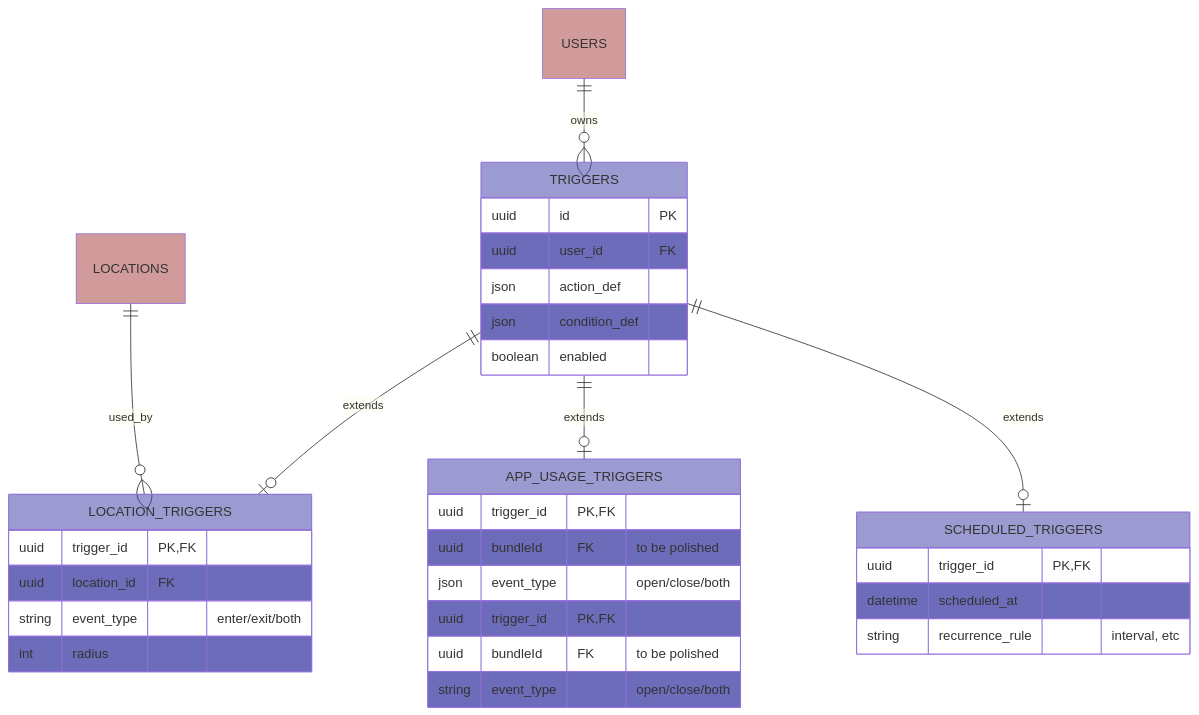
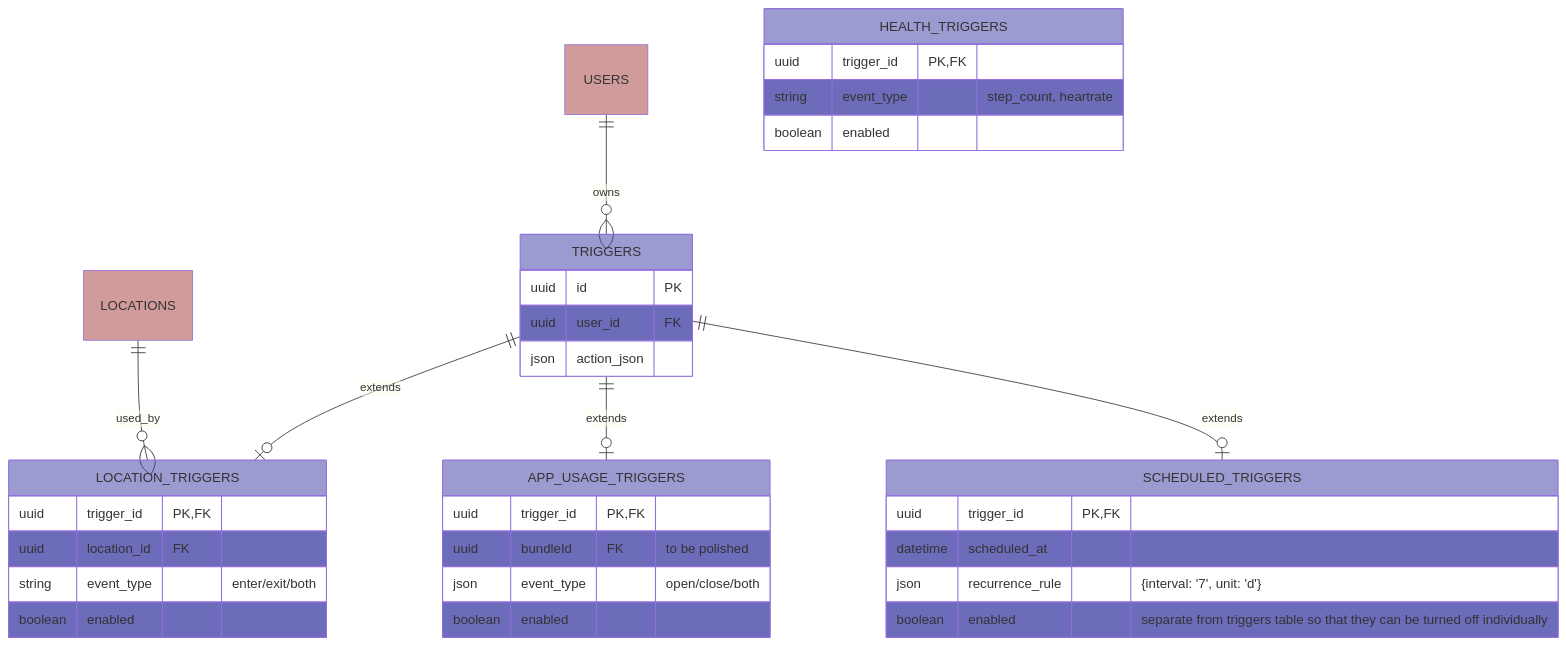
The fourth of 4 diagrams in backend/docs/erdiagram.md (hadiahmad06/jiko), drawn with Mermaid before and after one commit. The commit also changed other lines of this file and 6 other files, not shown here.

```diff
--- a/backend/docs/erdiagram.md
+++ b/backend/docs/erdiagram.md
@@ -254,9 +255,7 @@
     TRIGGERS:::dynamodb {
         uuid id PK
         uuid user_id FK
-        json action_def
-        json condition_def
-        boolean enabled
+        json action_json
     %%    uuid action_id FK
     %%    uuid condition_id FK 
     }
@@ -264,26 +263,28 @@
     SCHEDULED_TRIGGERS:::dynamodb {
         uuid trigger_id PK, FK
         datetime scheduled_at
-        string recurrence_rule "interval, etc"
+        json recurrence_rule "{interval: '7', unit: 'd'}"
+        boolean enabled "separate from triggers table so that they can be turned off individually"
     }
 
     LOCATION_TRIGGERS:::dynamodb {
         uuid trigger_id PK, FK
         uuid location_id FK
         string event_type "enter/exit/both"
-        int radius
+        boolean enabled
     }
 
     APP_USAGE_TRIGGERS:::dynamodb {
         uuid trigger_id PK, FK
         uuid bundleId FK "to be polished"
         json event_type "open/close/both"
+        boolean enabled
     }
 
-    APP_USAGE_TRIGGERS:::dynamodb {
+    HEALTH_TRIGGERS:::dynamodb {
         uuid trigger_id PK, FK
-        uuid bundleId FK "to be polished"
-        string event_type "open/close/both"
+        string event_type "step_count, heartrate"
+        boolean enabled
     }
 
     %%USERS ||--o{ ACTIONS : "owns"
```
